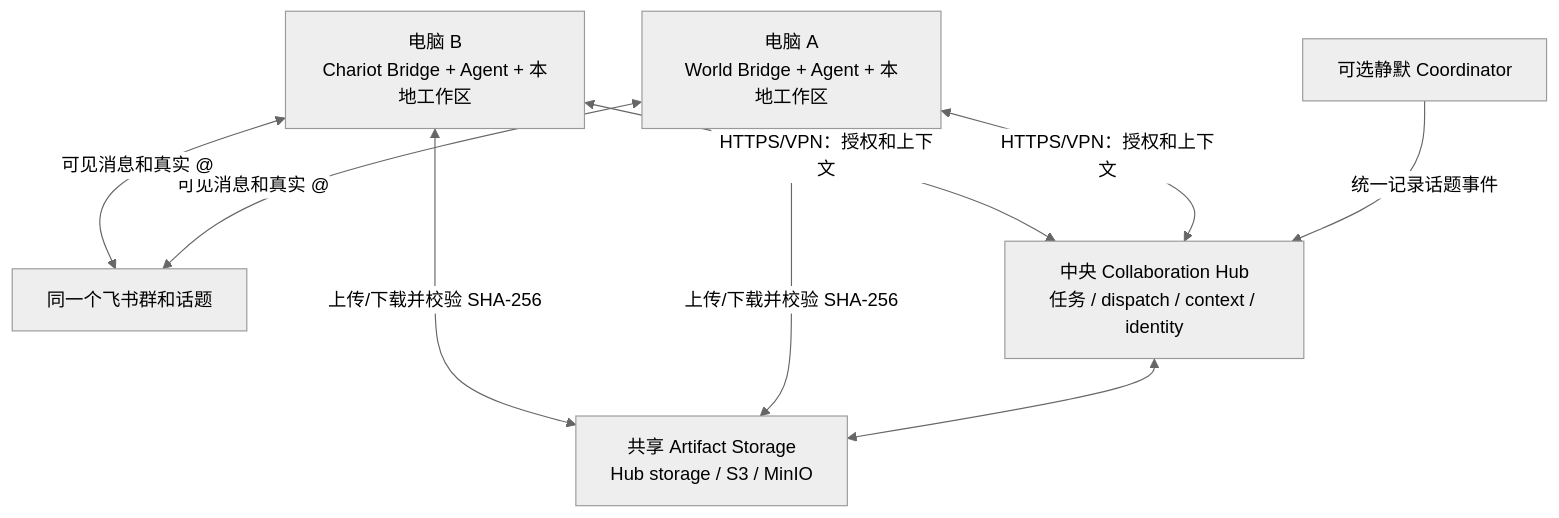
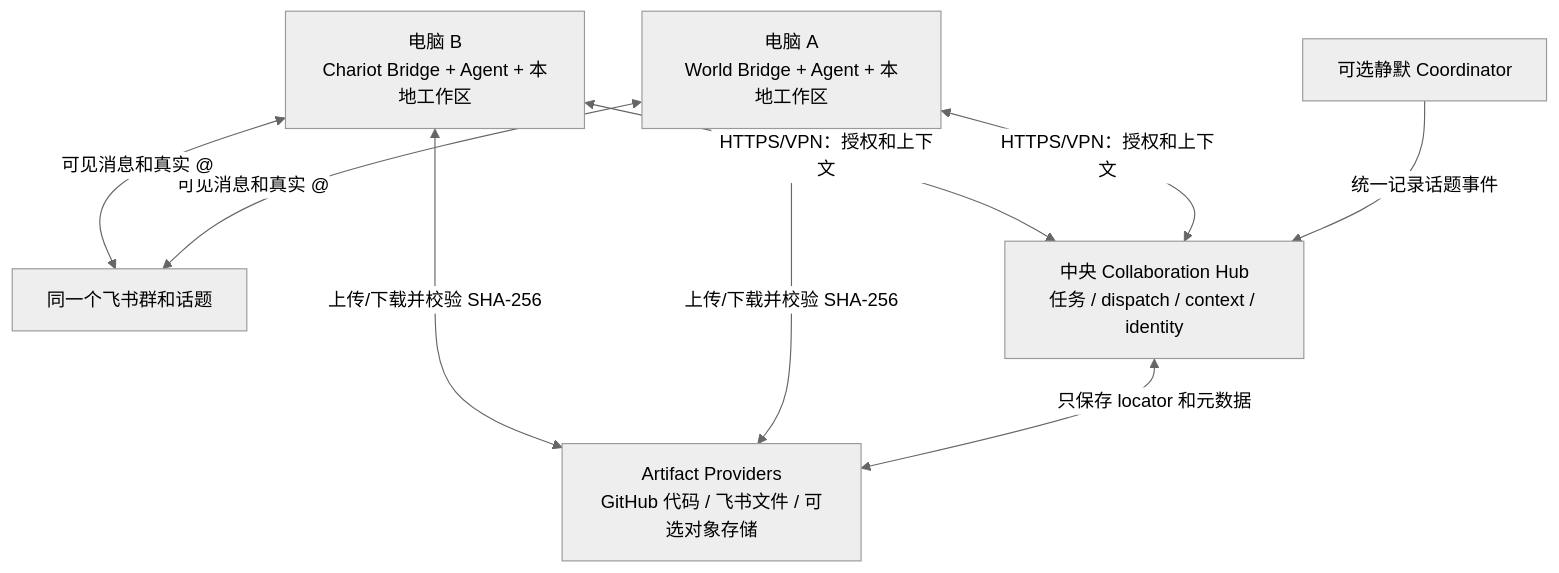
The diagram in docs/DISTRIBUTED_DEPLOYMENT_ROADMAP.zh-CN.md (ZenHatesCoding/feishu-local-agent-bridge-windows), drawn with Mermaid (neutral theme) before and after one commit. The commit also changed other lines of this file and 9 other files, not shown here.

Commit message:
docs: clarify artifact providers and hub topology

````diff
--- a/docs/DISTRIBUTED_DEPLOYMENT_ROADMAP.zh-CN.md
+++ b/docs/DISTRIBUTED_DEPLOYMENT_ROADMAP.zh-CN.md
@@ -49,18 +49,18 @@
 ```mermaid
 flowchart TB
   F["同一个飞书群和话题"]
   H["中央 Collaboration Hub\n任务 / dispatch / context / identity"]
-  S["共享 Artifact Storage\nHub storage / S3 / MinIO"]
+  S["Artifact Providers\nGitHub 代码 / 飞书文件 / 可选对象存储"]
   A["电脑 A\nWorld Bridge + Agent + 本地工作区"]
   B["电脑 B\nChariot Bridge + Agent + 本地工作区"]
   C["可选静默 Coordinator"]
 
   A <-->|"可见消息和真实 @"| F
   B <-->|"可见消息和真实 @"| F
   C -->|"统一记录话题事件"| H
   A <-->|"HTTPS/VPN：授权和上下文"| H
   B <-->|"HTTPS/VPN：授权和上下文"| H
-  H <--> S
+  H <-->|"只保存 locator 和元数据"| S
   A <-->|"上传/下载并校验 SHA-256"| S
   B <-->|"上传/下载并校验 SHA-256"| S
 ```
````
